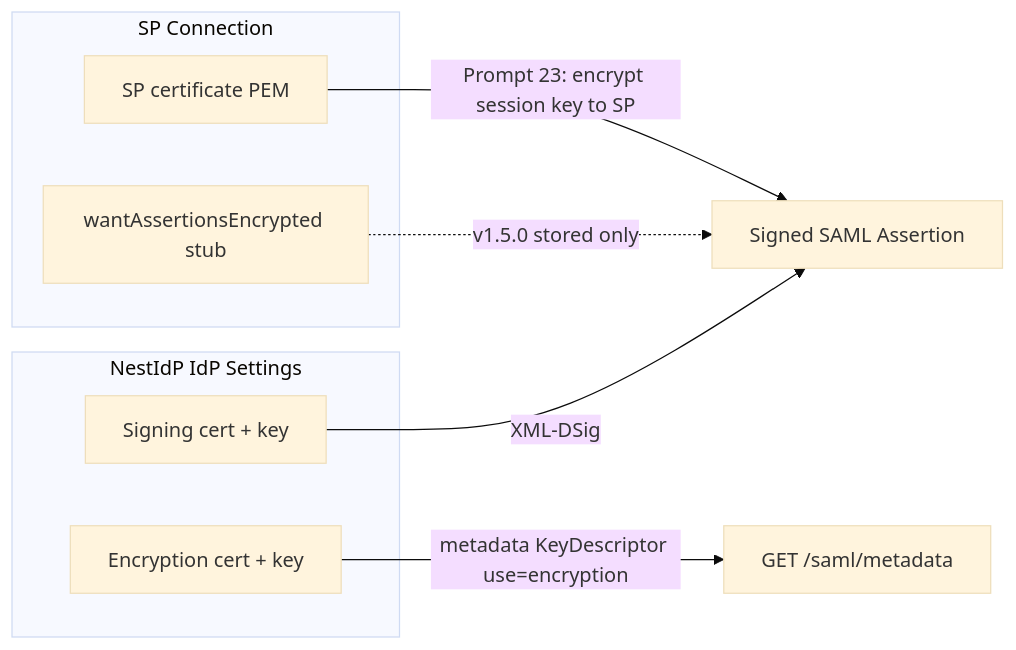
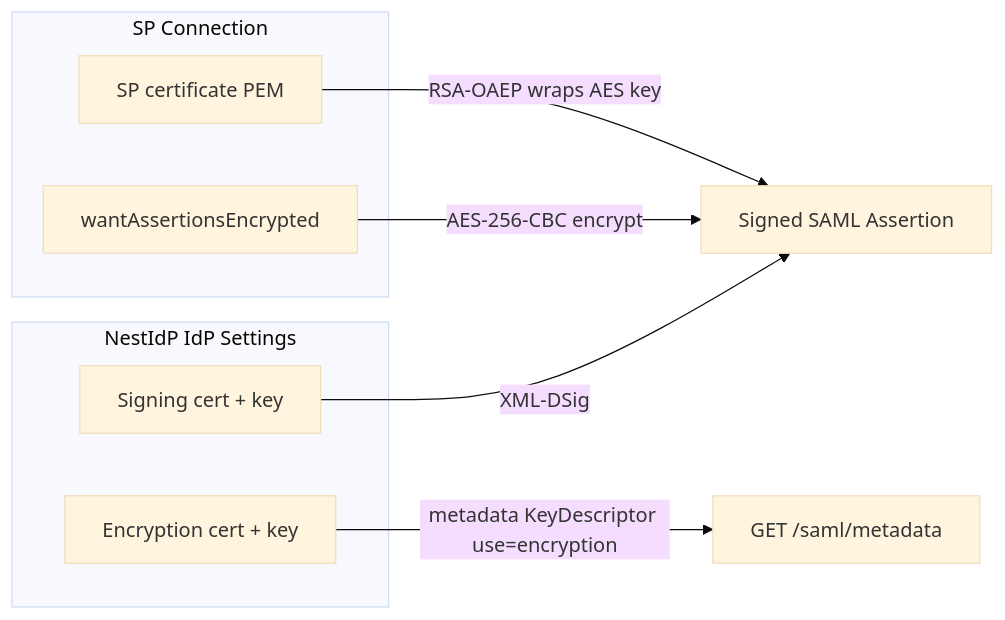
Before and after one commit to 01laky/NestIdP: the diagram in docs/img/idp-certificates.mmd, drawn with Mermaid (base theme). The commit also changed 31 other files, not shown here.

First line of the commit message:
feat(saml): runtime encrypted SAML assertions for SP connections (v1.7.0)

```diff
--- a/docs/img/idp-certificates.mmd
+++ b/docs/img/idp-certificates.mmd
@@ -1,13 +1,13 @@
 flowchart LR
 	subgraph idp [NestIdP IdP Settings]
 		SK[Signing cert + key]
 		EK[Encryption cert + key]
 	end
 	subgraph sp [SP Connection]
 		SPB[SP certificate PEM]
-		WA[wantAssertionsEncrypted stub]
+		WA[wantAssertionsEncrypted]
 	end
 	SK -->|XML-DSig| Assert[Signed SAML Assertion]
 	EK -->|metadata KeyDescriptor use=encryption| Meta[GET /saml/metadata]
-	SPB -->|Prompt 23: encrypt session key to SP| Assert
-	WA -.->|v1.5.0 stored only| Assert
+	SPB -->|RSA-OAEP wraps AES key| Assert
+	WA -->|AES-256-CBC encrypt| Assert
```
